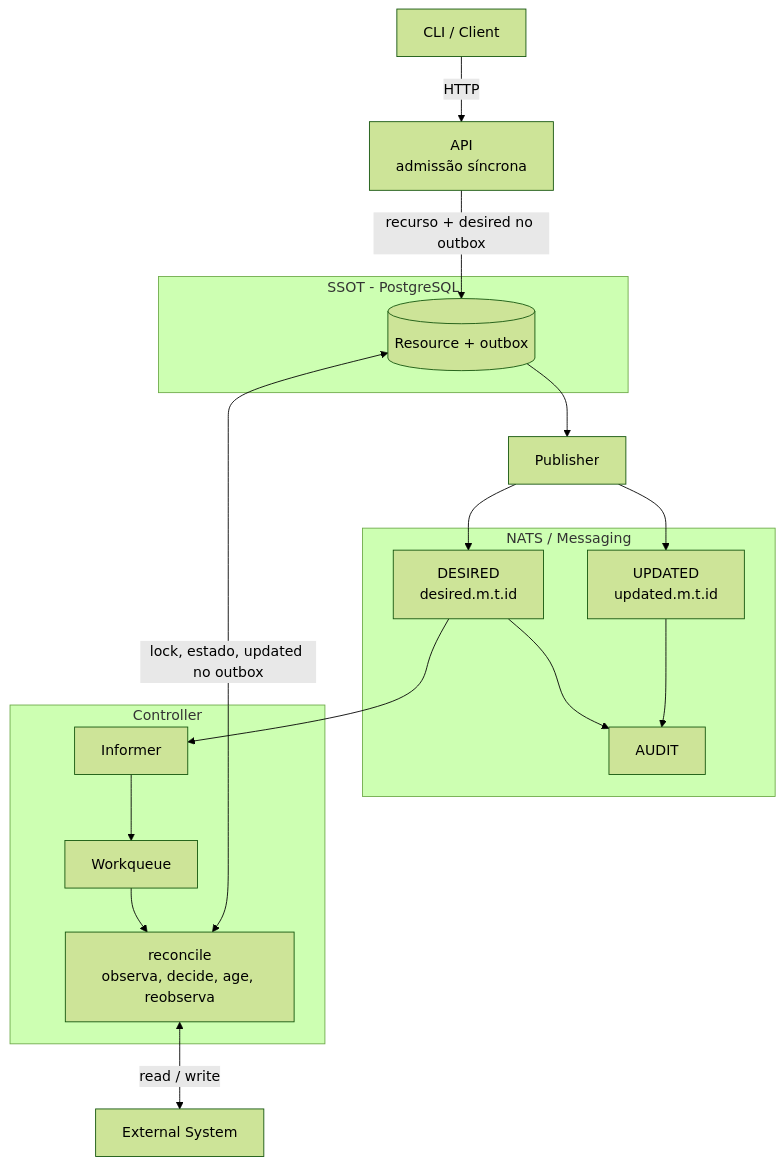
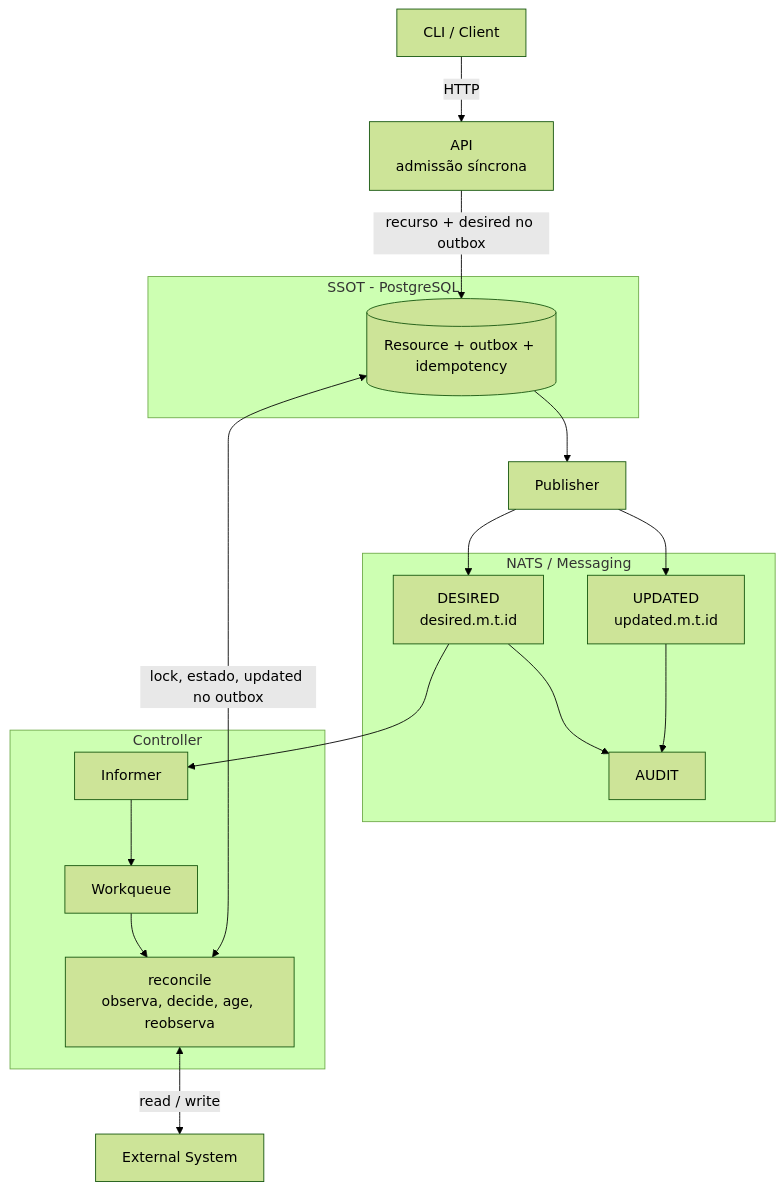
Before and after one commit to danielsabatini/smarkee: the second of 17 diagrams in docs/loop/RESOURCE-CONTROL-LOOP.md, drawn with Mermaid (forest theme). The commit also changed other lines of this file, not shown here.

Commit message:
docs(loop): adicionar diagrama mermaid de arquitetura de referencia para internal-state

````diff
--- a/docs/loop/RESOURCE-CONTROL-LOOP.md
+++ b/docs/loop/RESOURCE-CONTROL-LOOP.md
@@ -257,41 +261,41 @@
 ```mermaid
 flowchart TB
 
     Client[CLI / Client]
     API[API<br/>admissão síncrona]
 
     subgraph SSOTbox[SSOT - PostgreSQL]
-        Resource[(Resource + outbox)]
+        Resource[(Resource + outbox + idempotency)]
     end
 
     Publisher[Publisher]
 
     subgraph Messaging[NATS / Messaging]
         Desired[DESIRED<br/>desired.m.t.id]
         Updated[UPDATED<br/>updated.m.t.id]
         Audit[AUDIT]
     end
 
     subgraph Ctl[Controller]
         Informer[Informer]
         Queue[Workqueue]
         Reconcile[reconcile<br/>observa, decide, age, reobserva]
     end
 
     External[External System]
 
     Client -->|HTTP| API
     API -->|recurso + desired no outbox| Resource
     Resource --> Publisher
     Publisher --> Desired
     Publisher --> Updated
 
     Desired --> Informer
     Informer --> Queue
     Queue --> Reconcile
     Reconcile <-->|lock, estado, updated no outbox| Resource
     Reconcile <-->|read / write| External
 
     Desired --> Audit
     Updated --> Audit
 ```
````
